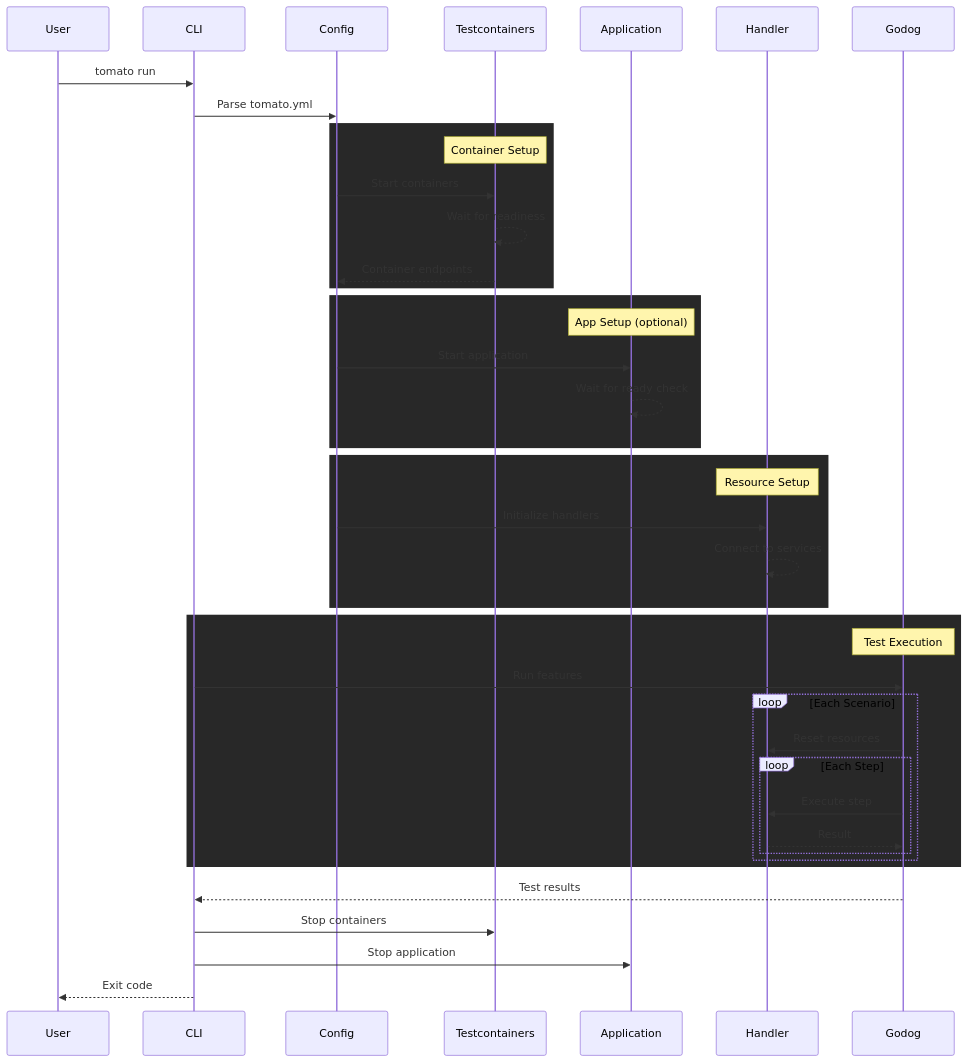
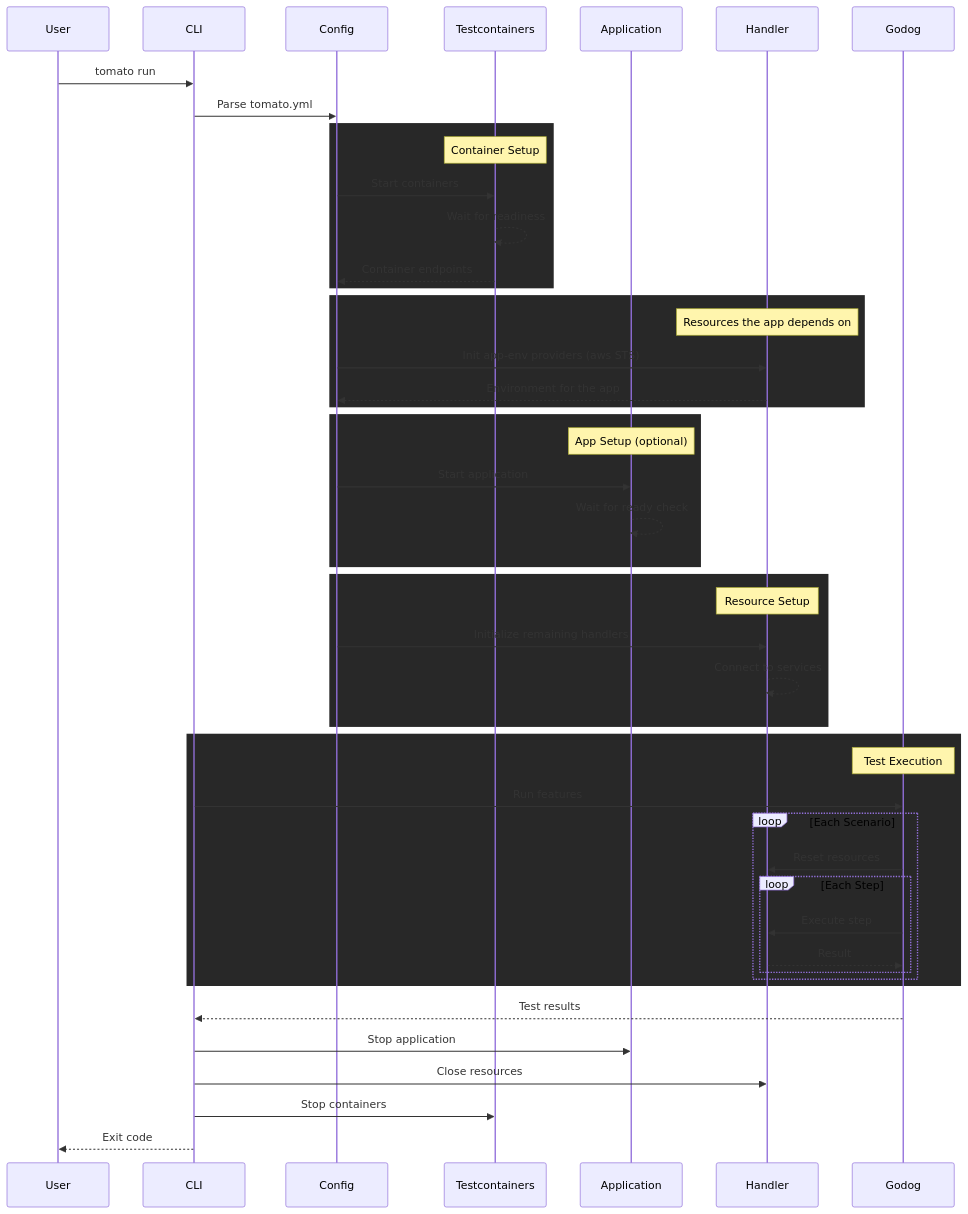
One commit to tomatool/tomato changed the second of 9 diagrams in docs/developer-guide/architecture.md. Above: the diagram before and after it, drawn with Mermaid. The commit also changed other lines of this file and 15 other files, not shown here.

````diff
--- a/docs/developer-guide/architecture.md
+++ b/docs/developer-guide/architecture.md
@@ -70,49 +81,56 @@
 ```mermaid
 sequenceDiagram
     participant User
     participant CLI
     participant Config
     participant TC as Testcontainers
     participant App as Application
     participant Handler
     participant Godog
 
     User->>CLI: tomato run
     CLI->>Config: Parse tomato.yml
 
     rect rgb(40, 40, 40)
         Note over TC: Container Setup
         Config->>TC: Start containers
         TC-->>TC: Wait for readiness
         TC-->>Config: Container endpoints
     end
 
     rect rgb(40, 40, 40)
+        Note over Handler: Resources the app depends on
+        Config->>Handler: Init app-env providers (aws STS)
+        Handler-->>Config: Environment for the app
+    end
+
+    rect rgb(40, 40, 40)
         Note over App: App Setup (optional)
         Config->>App: Start application
         App-->>App: Wait for ready check
     end
 
     rect rgb(40, 40, 40)
         Note over Handler: Resource Setup
-        Config->>Handler: Initialize handlers
+        Config->>Handler: Initialize remaining handlers
         Handler-->>Handler: Connect to services
     end
 
     rect rgb(40, 40, 40)
         Note over Godog: Test Execution
         CLI->>Godog: Run features
         loop Each Scenario
             Godog->>Handler: Reset resources
             loop Each Step
                 Godog->>Handler: Execute step
                 Handler-->>Godog: Result
             end
         end
     end
 
     Godog-->>CLI: Test results
+    CLI->>App: Stop application
+    CLI->>Handler: Close resources
     CLI->>TC: Stop containers
-    CLI->>App: Stop application
     CLI-->>User: Exit code
 ```
````
